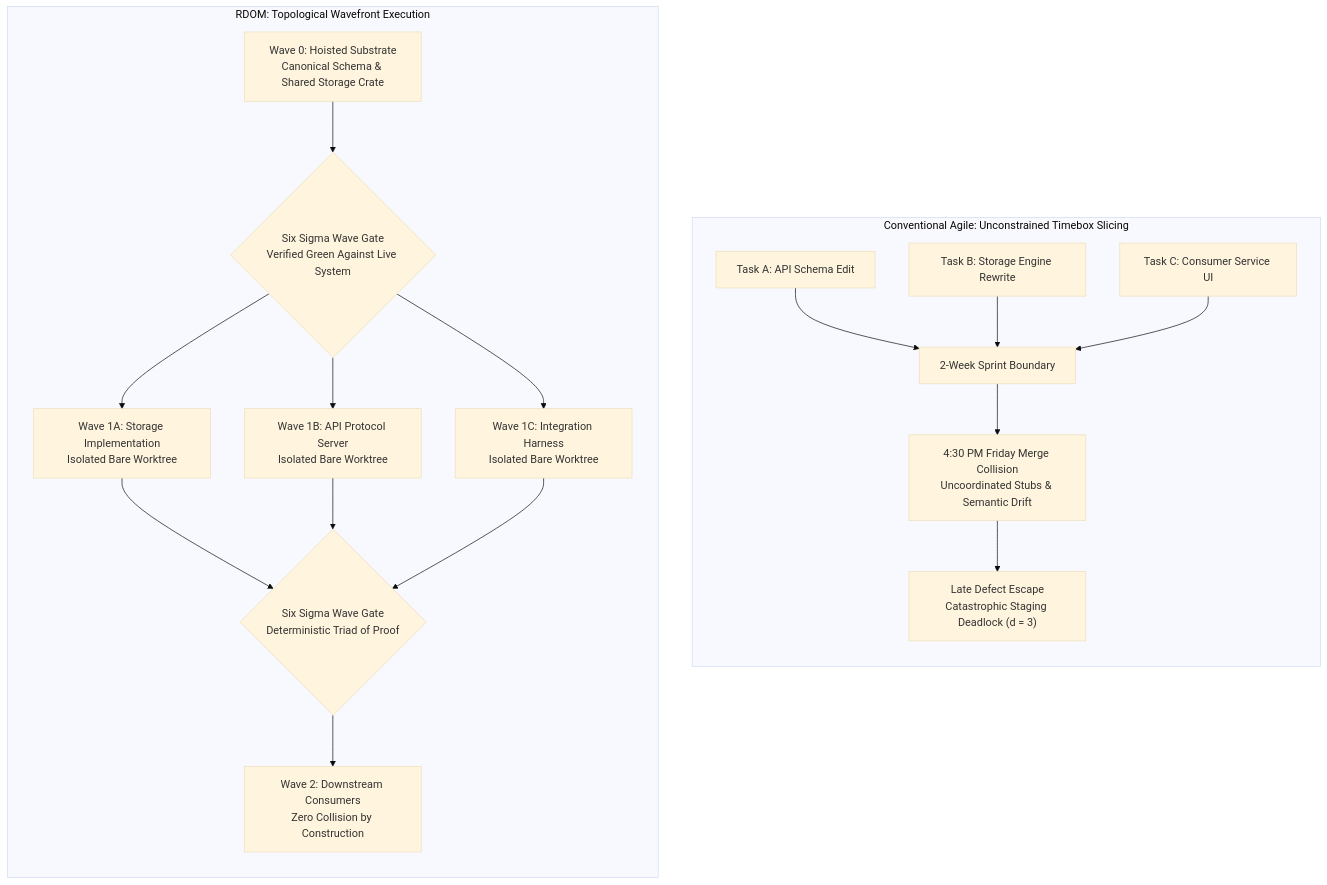
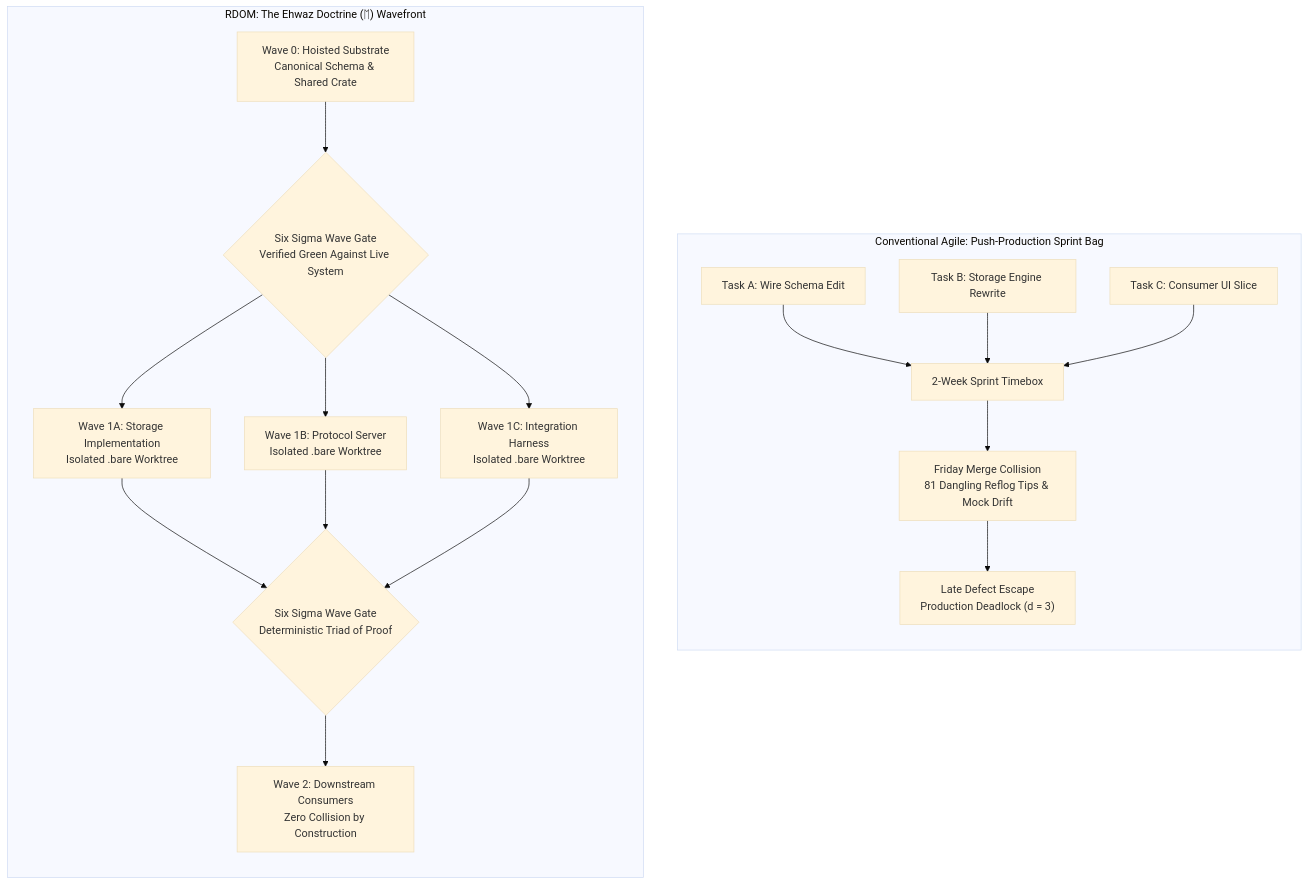
Before and after one commit to nwalker85/rdom-method: the diagram in docs/chapters/01-what-this-is.md, drawn with Mermaid (base theme). The commit also changed other lines of this file and 29 other files, not shown here.

````diff
--- a/docs/chapters/01-what-this-is.md
+++ b/docs/chapters/01-what-this-is.md
@@ -42,23 +40,23 @@
 ```mermaid
 flowchart TD
-    subgraph Conventional["Conventional Agile: Unconstrained Timebox Slicing"]
+    subgraph Conventional["Conventional Agile: Push-Production Sprint Bag"]
         direction TB
-        T1["Task A: API Schema Edit"] --> S1["2-Week Sprint Boundary"]
+        T1["Task A: Wire Schema Edit"] --> S1["2-Week Sprint Timebox"]
         T2["Task B: Storage Engine Rewrite"] --> S1
-        T3["Task C: Consumer Service UI"] --> S1
-        S1 --> M1["4:30 PM Friday Merge Collision\nUncoordinated Stubs & Semantic Drift"]
-        M1 --> D1["Late Defect Escape\nCatastrophic Staging Deadlock (d = 3)"]
+        T3["Task C: Consumer UI Slice"] --> S1
+        S1 --> M1["Friday Merge Collision\n81 Dangling Reflog Tips & Mock Drift"]
+        M1 --> D1["Late Defect Escape\nProduction Deadlock (d = 3)"]
     end
 
-    subgraph RDOM["RDOM: Topological Wavefront Execution"]
+    subgraph RDOM["RDOM: The Ehwaz Doctrine (ᛖ) Wavefront"]
         direction TB
-        W0["Wave 0: Hoisted Substrate\nCanonical Schema & Shared Storage Crate"] --> G0{"Six Sigma Wave Gate\nVerified Green Against Live System"}
-        G0 --> W1A["Wave 1A: Storage Implementation\nIsolated Bare Worktree"]
-        G0 --> W1B["Wave 1B: API Protocol Server\nIsolated Bare Worktree"]
-        G0 --> W1C["Wave 1C: Integration Harness\nIsolated Bare Worktree"]
+        W0["Wave 0: Hoisted Substrate\nCanonical Schema & Shared Crate"] --> G0{"Six Sigma Wave Gate\nVerified Green Against Live System"}
+        G0 --> W1A["Wave 1A: Storage Implementation\nIsolated .bare Worktree"]
+        G0 --> W1B["Wave 1B: Protocol Server\nIsolated .bare Worktree"]
+        G0 --> W1C["Wave 1C: Integration Harness\nIsolated .bare Worktree"]
         W1A --> G1{"Six Sigma Wave Gate\nDeterministic Triad of Proof"}
         W1B --> G1
         W1C --> G1
         G1 --> W2["Wave 2: Downstream Consumers\nZero Collision by Construction"]
     end
 ```
````
